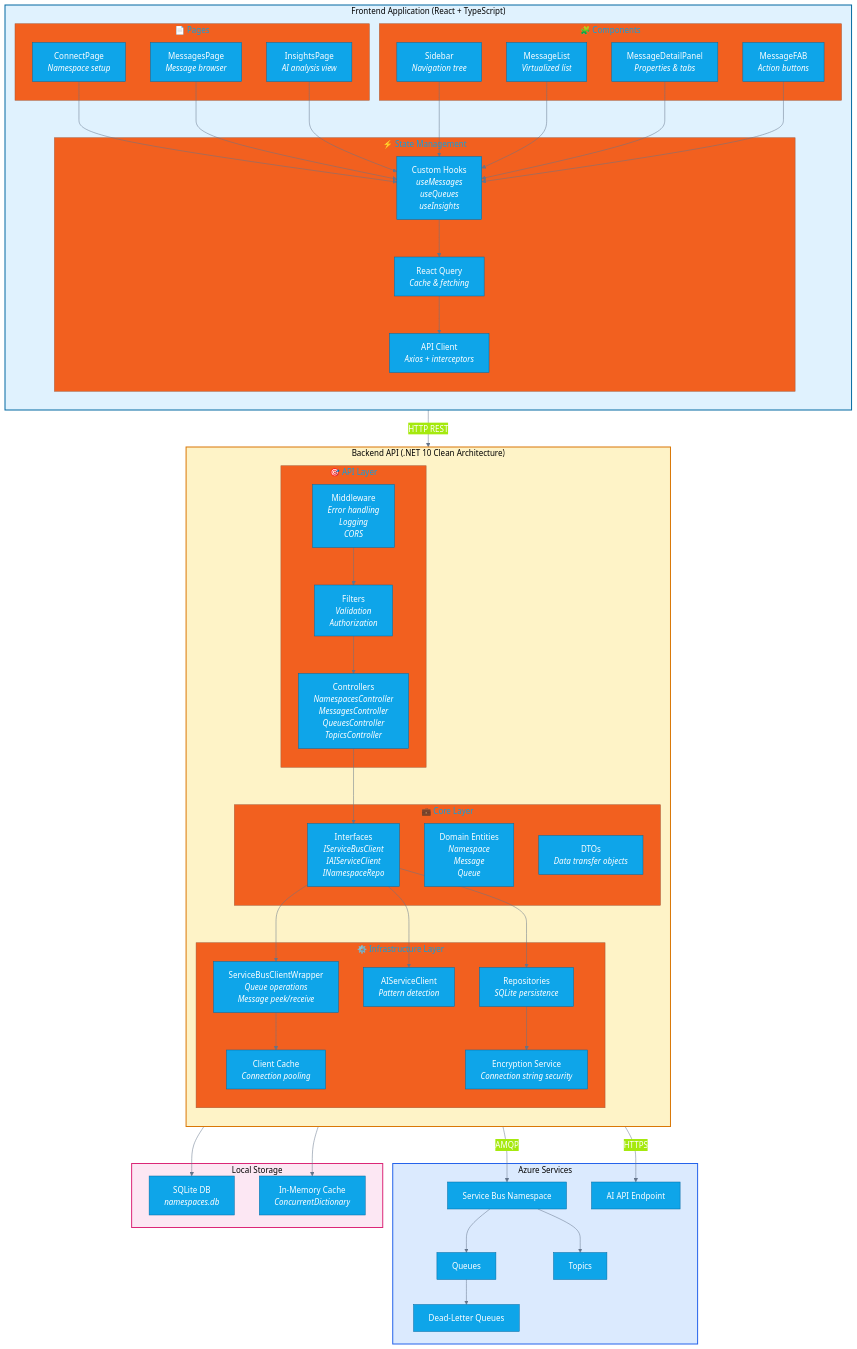
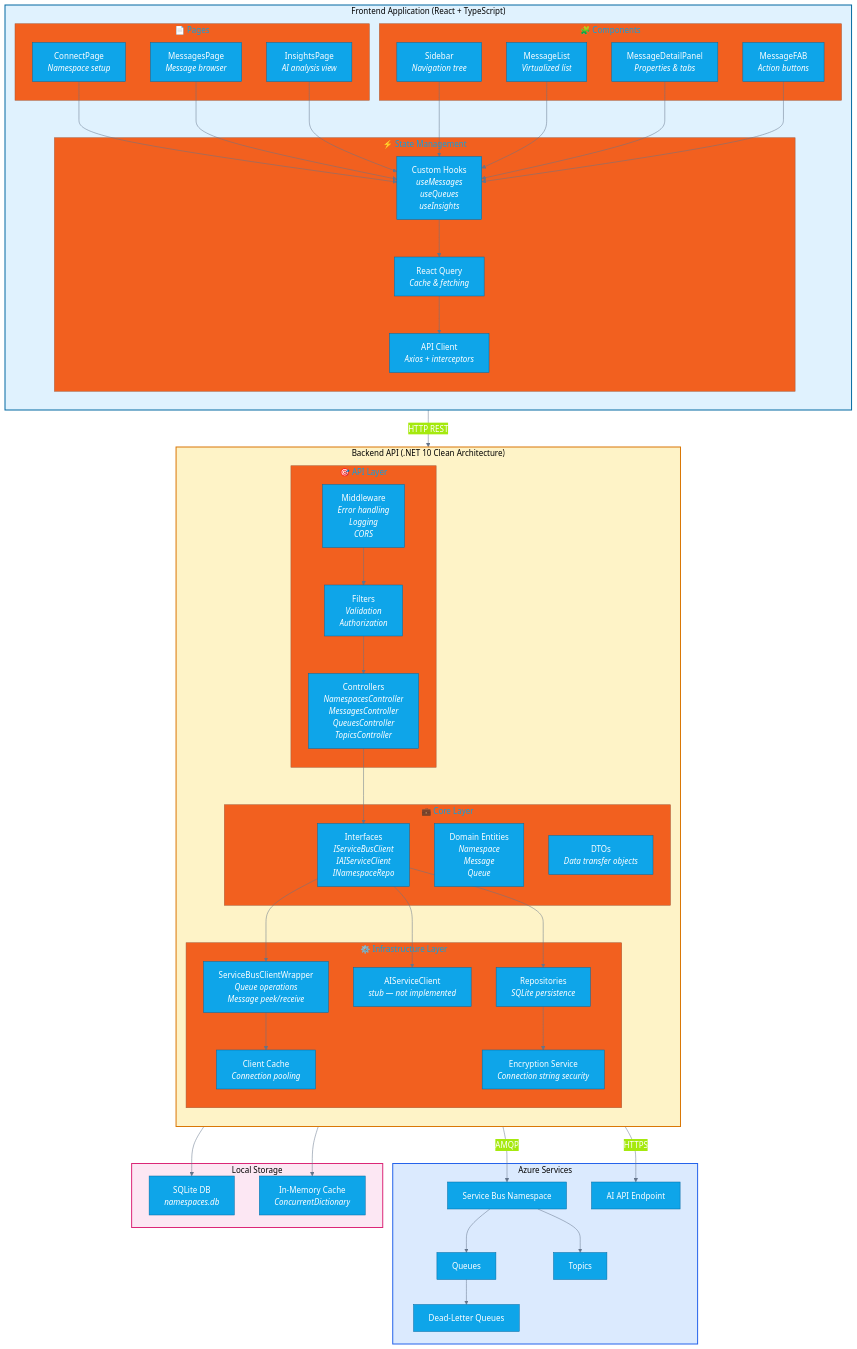
The second of 13 diagrams in docs/COMPREHENSIVE-GUIDE.md (debdevops/servicehub), drawn with Mermaid before and after one commit. The commit also changed other lines of this file and 9 other files, not shown here.

First line of the commit message:
Enhance documentation and security measures; refactor architecture for multi-cloud support

```diff
--- a/docs/COMPREHENSIVE-GUIDE.md
+++ b/docs/COMPREHENSIVE-GUIDE.md
@@ -160,7 +162,7 @@
         
         subgraph Infra_Layer["⚙️ Infrastructure Layer"]
             SB_SERVICE["ServiceBusClientWrapper<br/><i>Queue operations<br/>Message peek/receive</i>"]
-            AI_SERVICE["AIServiceClient<br/><i>Pattern detection</i>"]
+            AI_SERVICE["AIServiceClient<br/><i>stub — not implemented</i>"]
             REPO["Repositories<br/><i>SQLite persistence</i>"]
             CRYPTO["Encryption Service<br/><i>Connection string security</i>"]
             CACHE_SVC["Client Cache<br/><i>Connection pooling</i>"]
```
